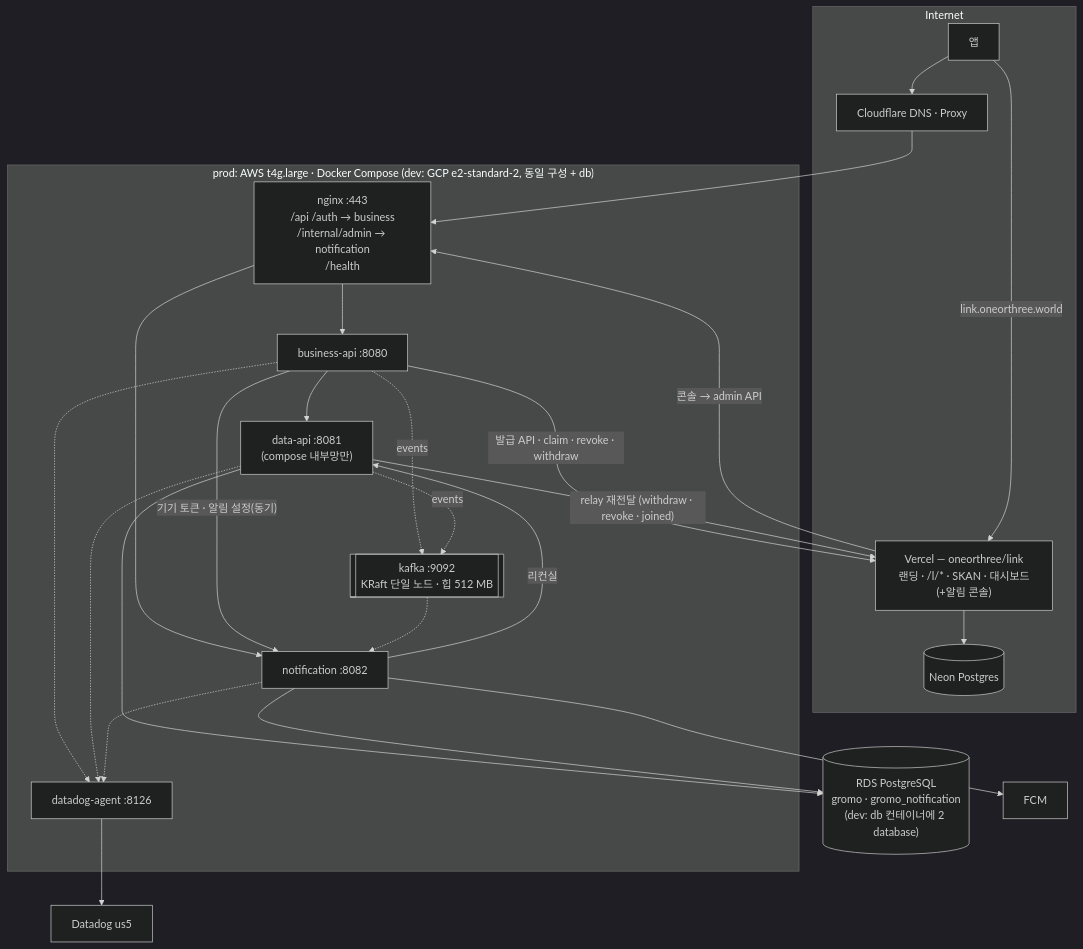
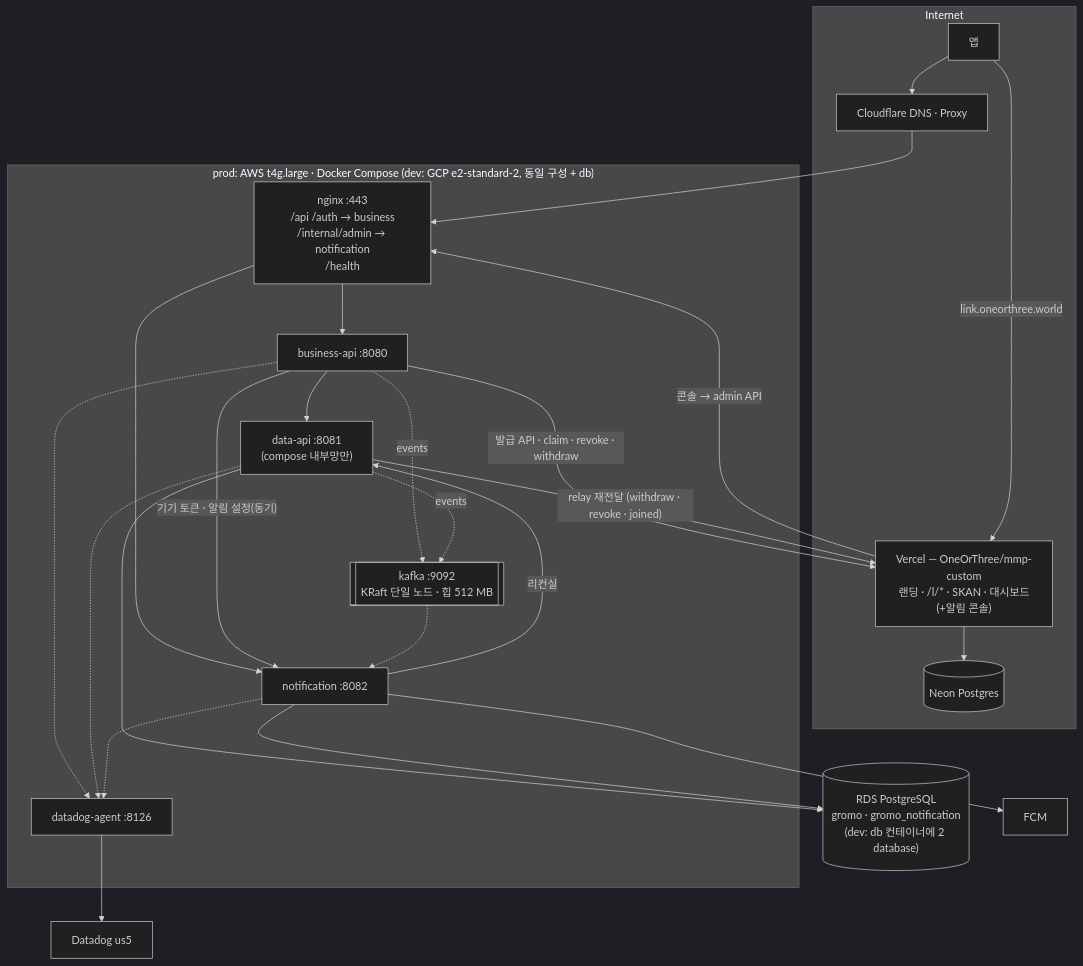
One commit to OneOrThree/phone changed the diagram in docs/architecture/system-architecture.md. Above: the diagram before and after it, drawn with Mermaid (dark theme). The commit also changed other lines of this file and 529 other files, not shown here.

````diff
--- a/docs/architecture/system-architecture.md
+++ b/docs/architecture/system-architecture.md
@@ -16,38 +16,38 @@
 ```mermaid
 flowchart TB
   subgraph Internet
     APPc["앱"]
     CF["Cloudflare DNS · Proxy"]
-    VERCEL["Vercel — oneorthree/link<br/>랜딩 · /l/* · SKAN · 대시보드(+알림 콘솔)"]
+    VERCEL["Vercel — OneOrThree/mmp-custom<br/>랜딩 · /l/* · SKAN · 대시보드(+알림 콘솔)"]
     NEON[("Neon Postgres")]
   end
   subgraph VM["prod: AWS t4g.large · Docker Compose (dev: GCP e2-standard-2, 동일 구성 + db)"]
     NX["nginx :443<br/>/api /auth → business<br/>/internal/admin → notification<br/>/health"]
     BIZ["business-api :8080"]
     DATA["data-api :8081<br/>(compose 내부망만)"]
     NS["notification :8082"]
     KF[["kafka :9092<br/>KRaft 단일 노드 · 힙 512 MB"]]
     DDA["datadog-agent :8126"]
   end
   RDS[("RDS PostgreSQL<br/>gromo · gromo_notification<br/>(dev: db 컨테이너에 2 database)")]
   FCM["FCM"]
   DD["Datadog us5"]
 
   APPc --> CF --> NX
   APPc -->|"link.oneorthree.world"| VERCEL --> NEON
   NX --> BIZ
   NX --> NS
   BIZ --> DATA
   BIZ -->|"기기 토큰 · 알림 설정(동기)"| NS
   BIZ -.->|"events"| KF
   DATA -.->|"events"| KF
   KF -.-> NS
   NS -->|"리컨실"| DATA
   BIZ -->|"발급 API · claim · revoke · withdraw"| VERCEL
   DATA -->|"relay 재전달 (withdraw · revoke · joined)"| VERCEL
   VERCEL -->|"콘솔 → admin API"| NX
   DATA --> RDS
   NS --> RDS
   NS --> FCM
   BIZ & DATA & NS -.-> DDA --> DD
 ```
````
